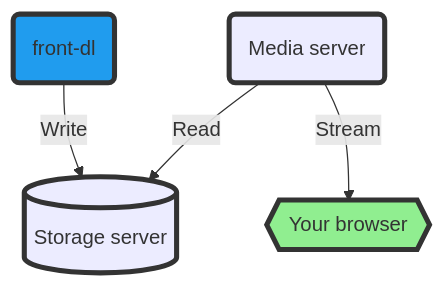
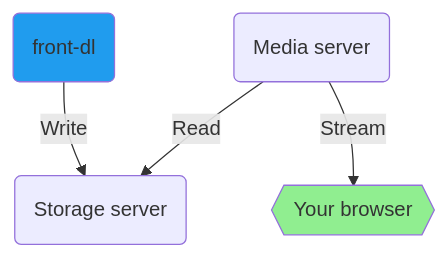
The second of 2 diagrams in README.md (m6h/front-dl), drawn with Mermaid before and after one commit. The commit also changed other lines of this file, not shown here.

````diff
--- a/README.md
+++ b/README.md
@@ -34,12 +30,9 @@
 ```mermaid
 graph TB
-  classDef outline stroke:#333,stroke-width:4px;
   style browser fill:lightgreen
   style fdl fill:#209cee
   
-  fdl(front-dl)--Write-->storage[(Storage server)]
+  fdl(front-dl)--Write-->storage(Storage server)
   mediaServer--Read-->storage
   mediaServer(Media server)--Stream-->browser{{Your browser}}
-
-  class cloud,browser,fdl,mediaServer,storage outline
 ```
````
